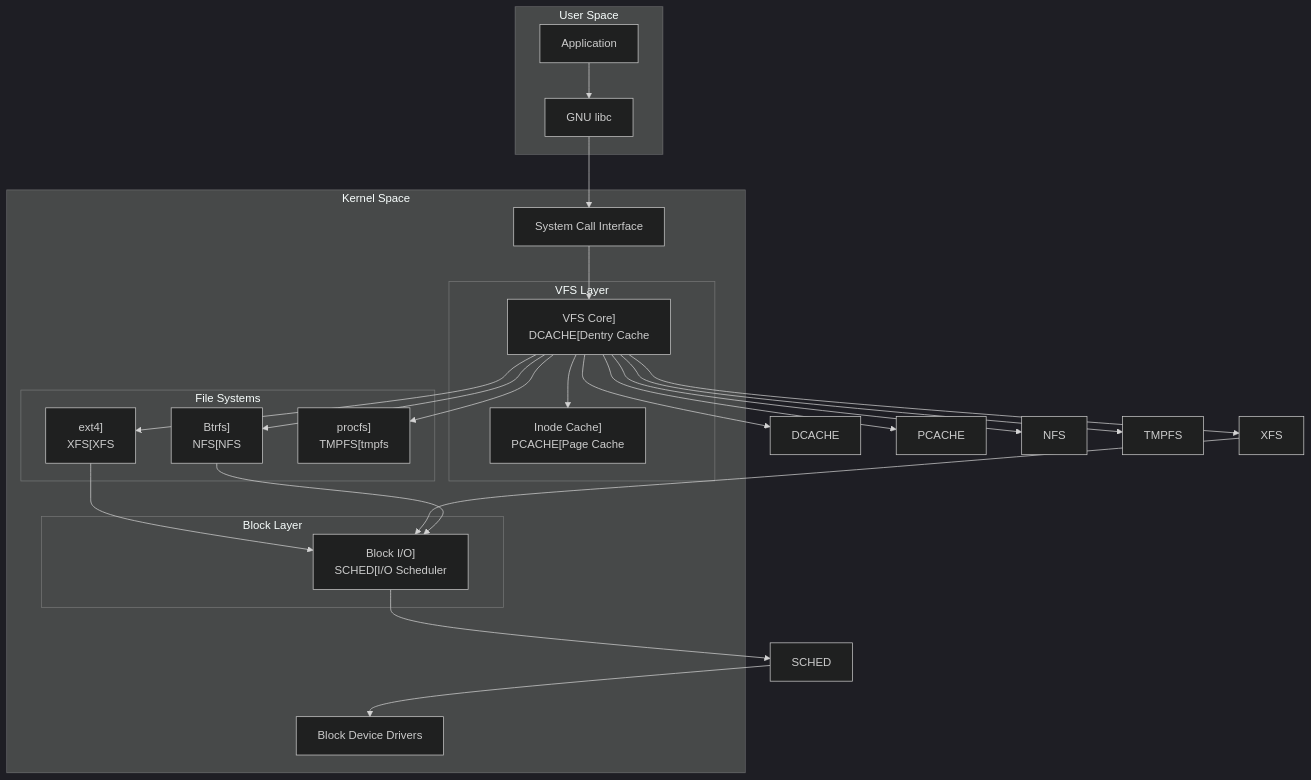
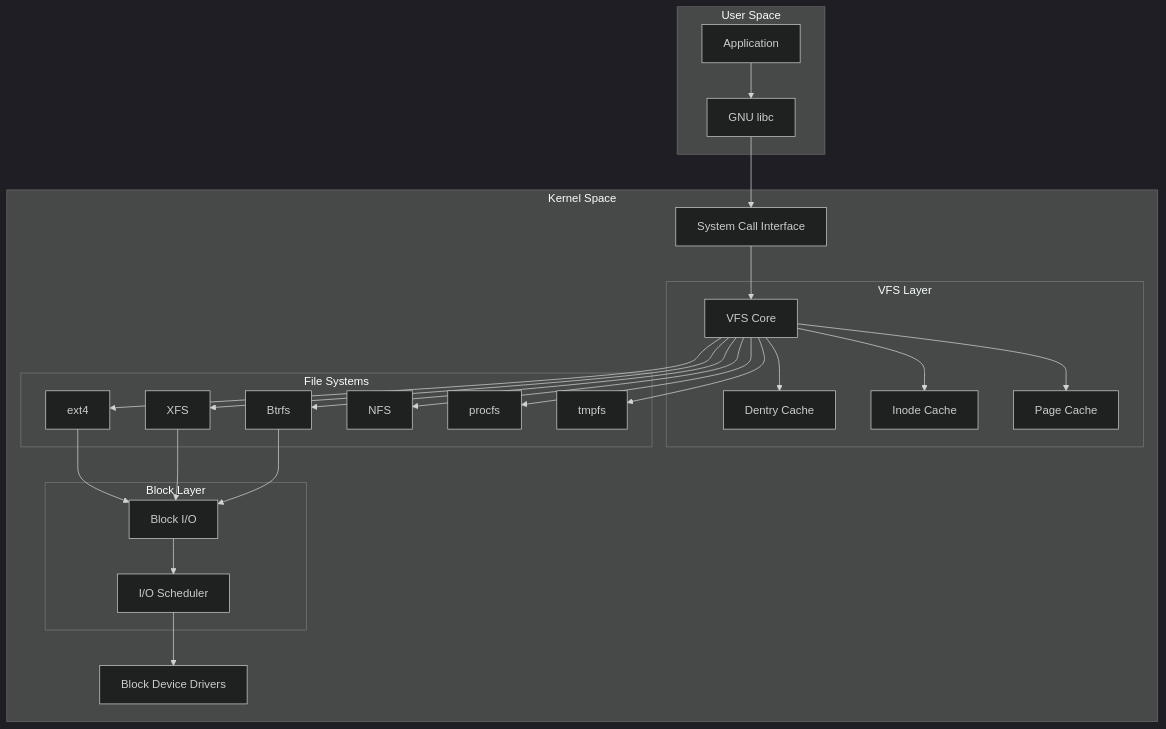
One commit to choru-k/choru-wiki changed the diagram in docs/cs/guide/chapter-06-file-io/06-02-04-vfs-filesystem.md. Above: the diagram before and after it, drawn with Mermaid (dark theme).

````diff
--- a/docs/cs/guide/chapter-06-file-io/06-02-04-vfs-filesystem.md
+++ b/docs/cs/guide/chapter-06-file-io/06-02-04-vfs-filesystem.md
@@ -129,52 +129,52 @@
 ```mermaid
 flowchart TD
     subgraph "User Space"
         APP[Application]
         LIBC[GNU libc]
     end
     
     subgraph "Kernel Space"
         SYSCALL[System Call Interface]
 
         subgraph "VFS Layer"
-            VFS["VFS Core]
-            DCACHE[Dentry Cache"]
-            ICACHE["Inode Cache]
-            PCACHE[Page Cache"]
+            VFS["VFS Core"]
+            DCACHE["Dentry Cache"]
+            ICACHE["Inode Cache"]
+            PCACHE["Page Cache"]
         end
 
         subgraph "File Systems"
-            EXT4["ext4]
-            XFS[XFS"]
-            BTRFS["Btrfs]
-            NFS[NFS"]
-            PROC["procfs]
-            TMPFS[tmpfs"]
+            EXT4["ext4"]
+            XFS["XFS"]
+            BTRFS["Btrfs"]
+            NFS["NFS"]
+            PROC["procfs"]
+            TMPFS["tmpfs"]
         end
 
         subgraph "Block Layer"
-            BIO["Block I/O]
-            SCHED[I/O Scheduler"]
+            BIO["Block I/O"]
+            SCHED["I/O Scheduler"]
         end
 
         DEVICE[Block Device Drivers]
     end
 
     APP --> LIBC
     LIBC --> SYSCALL
     SYSCALL --> VFS
     VFS --> DCACHE
     VFS --> ICACHE
     VFS --> PCACHE
     VFS --> EXT4
     VFS --> XFS
     VFS --> BTRFS
     VFS --> NFS
     VFS --> PROC
     VFS --> TMPFS
     EXT4 --> BIO
     XFS --> BIO
     BTRFS --> BIO
     BIO --> SCHED
     SCHED --> DEVICE
 ```
````
